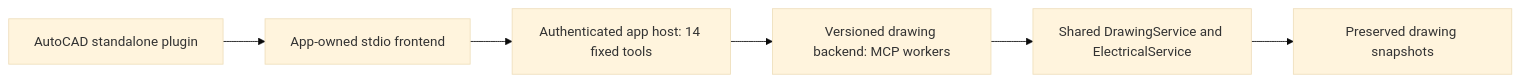
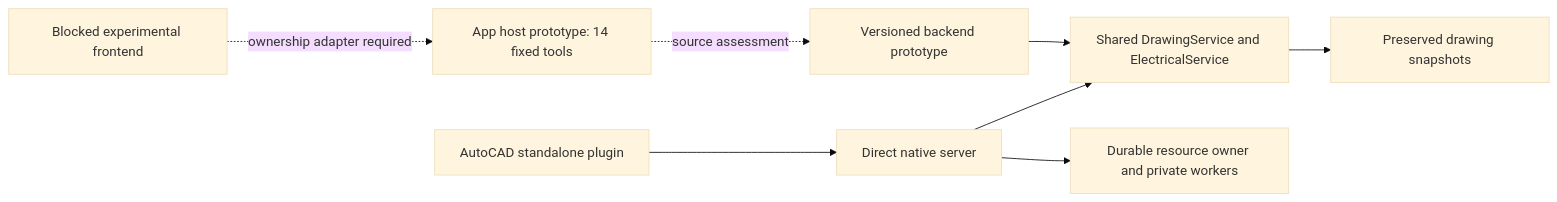
One commit to votecoffee/AutoCADMCPServer changed the diagram in docs/shared-app-framework.md. Above: the diagram before and after it, drawn with Mermaid (base theme). The commit also changed other lines of this file and 36 other files, not shown here.

Commit message:
Adopt durable ownership with framework 0.20

````diff
--- a/docs/shared-app-framework.md
+++ b/docs/shared-app-framework.md
@@ -5,8 +5,10 @@
 ```mermaid
 flowchart LR
-    P[AutoCAD standalone plugin] --> F[App-owned stdio frontend]
-    F --> H[Authenticated app host: 14 fixed tools]
-    H --> B[Versioned drawing backend: MCP workers]
-    B --> S[Shared DrawingService and ElectricalService]
+    P[AutoCAD standalone plugin] --> N[Direct native server]
+    N --> S[Shared DrawingService and ElectricalService]
+    N --> R[Durable resource owner and private workers]
+    F[Blocked experimental frontend] -. ownership adapter required .-> H[App host prototype: 14 fixed tools]
+    H -. source assessment .-> B[Versioned backend prototype]
+    B --> S
     S --> D[Preserved drawing snapshots]
 ```
````
